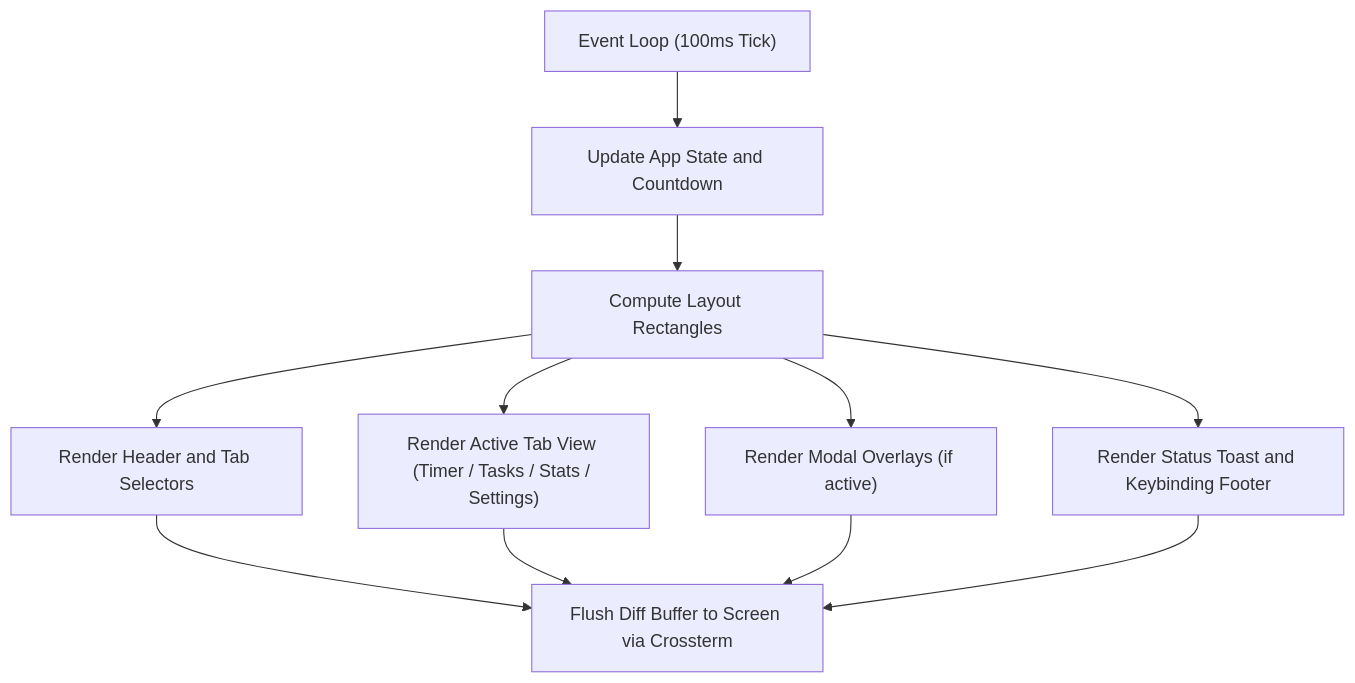
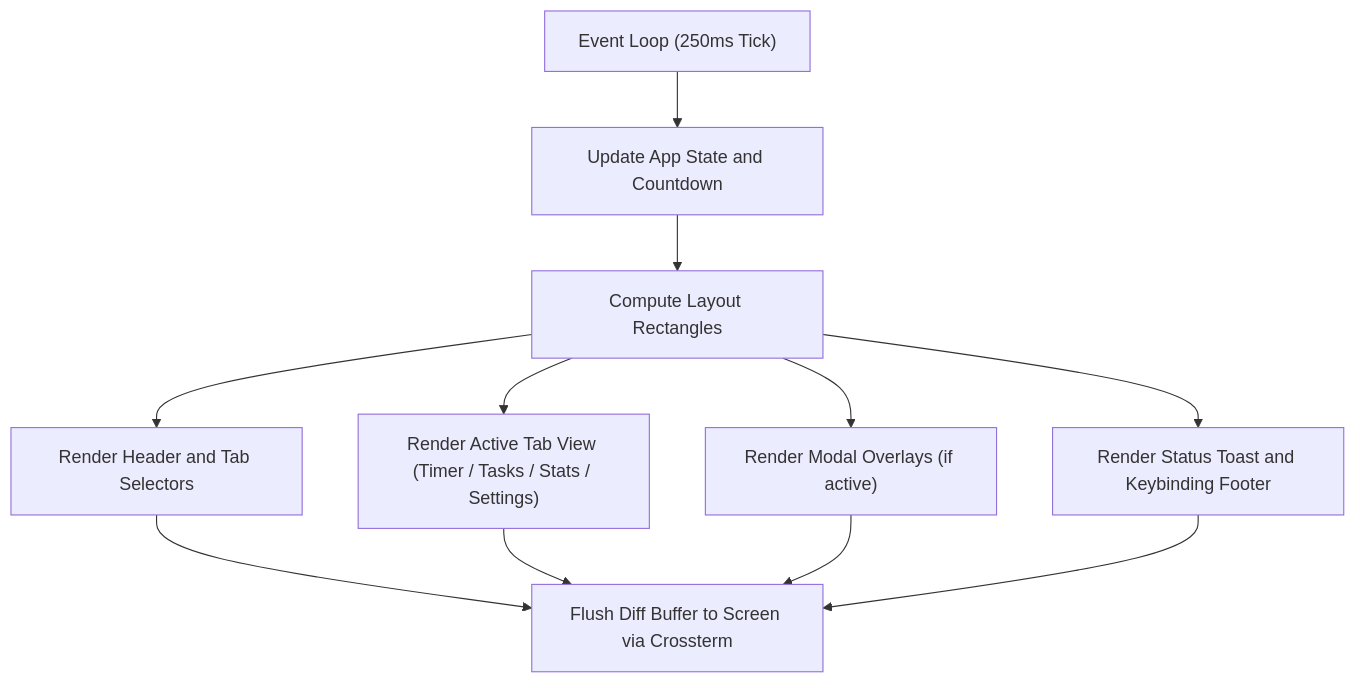
The third of 4 diagrams in System_design.md (amanalip/Termodoro), drawn with Mermaid before and after one commit. The commit also changed other lines of this file and 2 other files, not shown here.

Commit message:
Correct doc inaccuracies: tick rate, persistence scope, tab keys, q/Esc binding

````diff
--- a/System_design.md
+++ b/System_design.md
@@ -175,13 +175,13 @@
 ```mermaid
 flowchart TD
-    A["Event Loop (100ms Tick)"] --> B["Update App State and Countdown"]
+    A["Event Loop (250ms Tick)"] --> B["Update App State and Countdown"]
     B --> C["Compute Layout Rectangles"]
     C --> D["Render Header and Tab Selectors"]
     C --> E["Render Active Tab View (Timer / Tasks / Stats / Settings)"]
     C --> F["Render Modal Overlays (if active)"]
     C --> G["Render Status Toast and Keybinding Footer"]
     D --> H["Flush Diff Buffer to Screen via Crossterm"]
     E --> H
     F --> H
     G --> H
 ```
````
